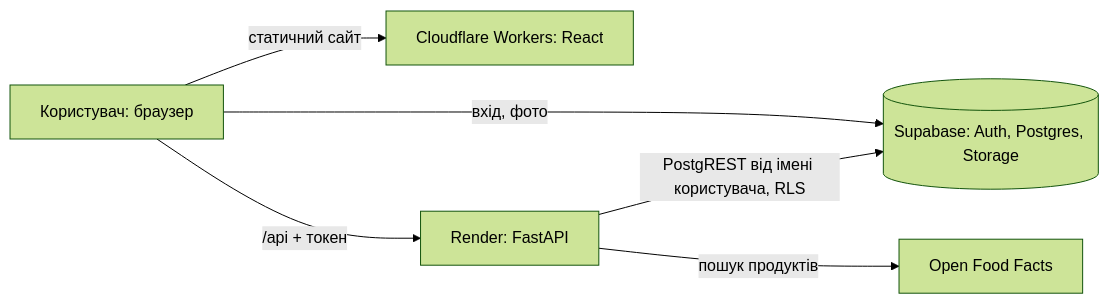
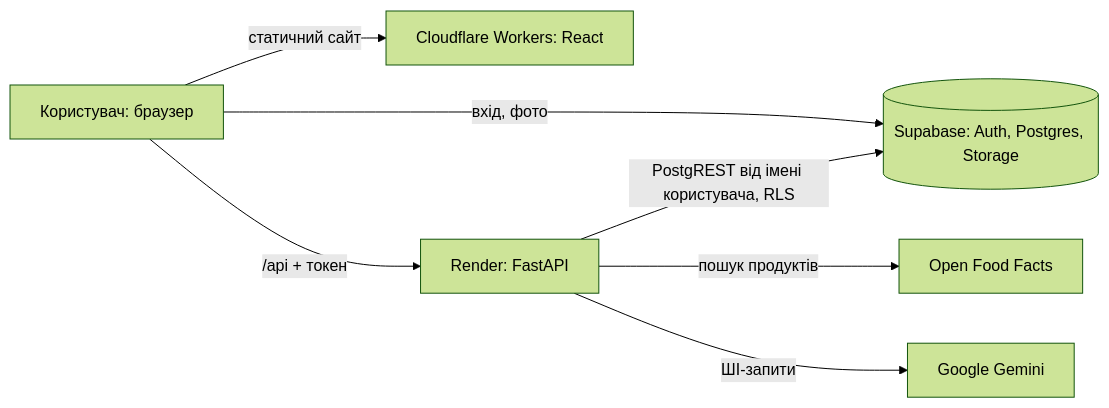
One commit to Zavada-Sofiia/Mealoria changed the diagram in README.md. Above: the diagram before and after it, drawn with Mermaid (forest theme). The commit also changed other lines of this file and 15 other files, not shown here.

````diff
--- a/README.md
+++ b/README.md
@@ -50,8 +51,9 @@
 ```mermaid
 flowchart LR
   U[Користувач: браузер] -->|статичний сайт| CF[Cloudflare Workers: React]
   U -->|вхід, фото| SB[(Supabase: Auth, Postgres, Storage)]
   U -->|/api + токен| API[Render: FastAPI]
   API -->|PostgREST від імені користувача, RLS| SB
   API -->|пошук продуктів| OFF[Open Food Facts]
+  API -->|ШІ-запити| G[Google Gemini]
 ```
````
